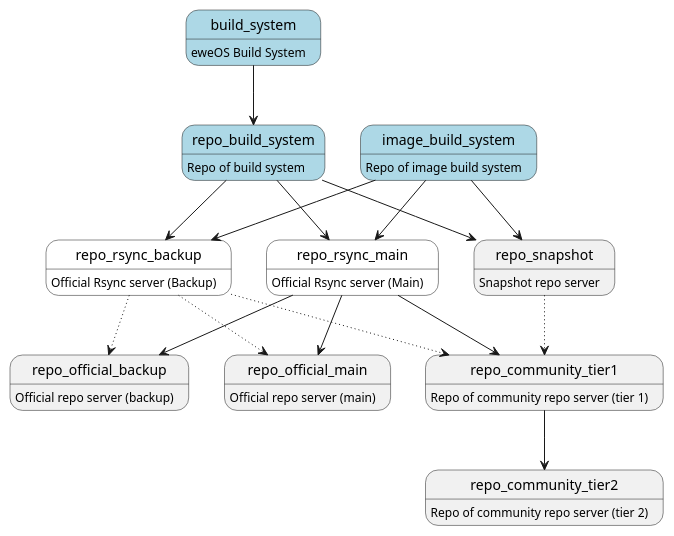
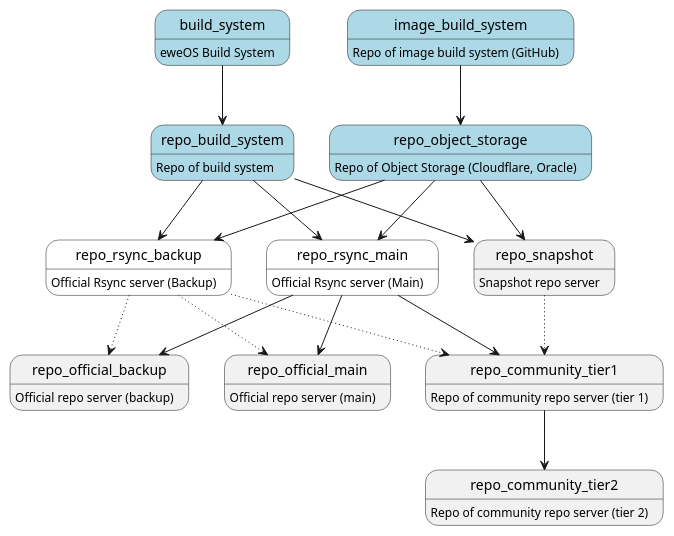
The diagram in dev/topic/infra/repos.md (eweOS/wiki), drawn with PlantUML before and after one commit. The commit also changed other lines of this file, not shown here.

Commit message:
docs: update dev/topic/infra/repos

````diff
--- a/dev/topic/infra/repos.md
+++ b/dev/topic/infra/repos.md
@@ -53,32 +53,34 @@
 ```plantuml
 @startuml
 
 state build_system #lightblue: eweOS Build System
 state repo_build_system #lightblue: Repo of build system
-state image_build_system #lightblue: Repo of image build system
+state image_build_system #lightblue: Repo of image build system (GitHub)
+state repo_object_storage #lightblue: Repo of Object Storage (Cloudflare, Oracle)
 state repo_rsync_main #white: Official Rsync server (Main)
 state repo_rsync_backup #white: Official Rsync server (Backup)
 state repo_official_main: Official repo server (main)
 state repo_official_backup: Official repo server (backup)
 state repo_community_tier1: Repo of community repo server (tier 1)
 state repo_community_tier2: Repo of community repo server (tier 2)
 state repo_snapshot: Snapshot repo server
 
 build_system --> repo_build_system
-image_build_system --> repo_rsync_main
-image_build_system --> repo_rsync_backup
-image_build_system --> repo_snapshot
+image_build_system --> repo_object_storage
+repo_object_storage --> repo_rsync_main
+repo_object_storage --> repo_rsync_backup
+repo_object_storage --> repo_snapshot
 repo_build_system --> repo_rsync_main
 repo_build_system --> repo_rsync_backup
 repo_build_system --> repo_snapshot
 repo_rsync_main --> repo_official_main
 repo_rsync_backup -[dotted]-> repo_official_main
 repo_rsync_main --> repo_official_backup
 repo_rsync_backup -[dotted]-> repo_official_backup
 repo_rsync_main --> repo_community_tier1
 repo_rsync_backup -[dotted]-> repo_community_tier1
 repo_community_tier1 --> repo_community_tier2
 repo_snapshot -[dotted]-> repo_community_tier1
 
 @enduml
 ```
````
